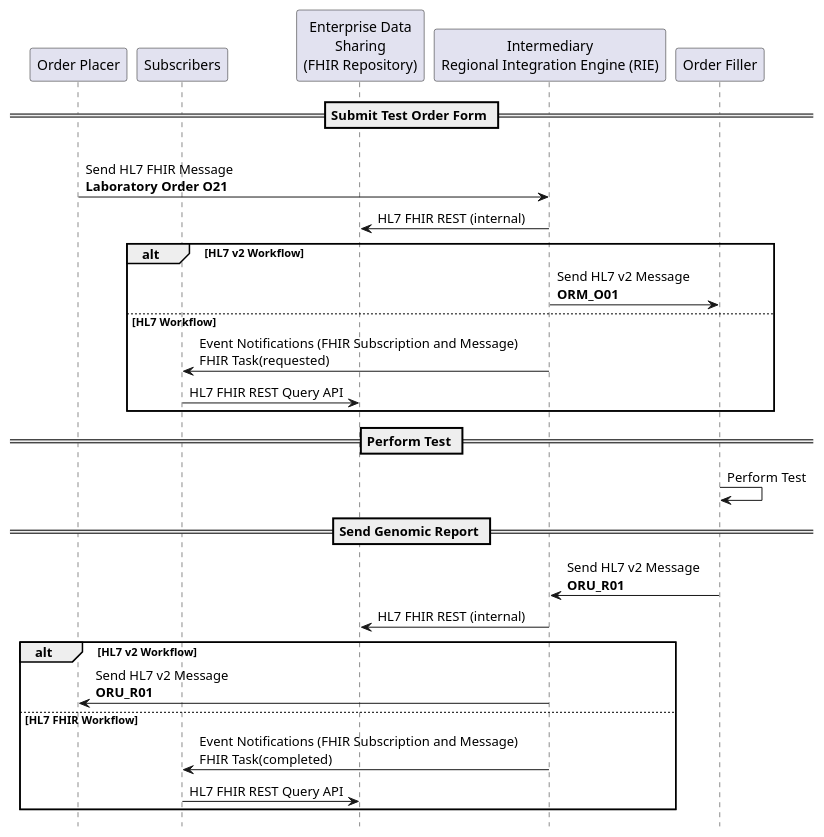
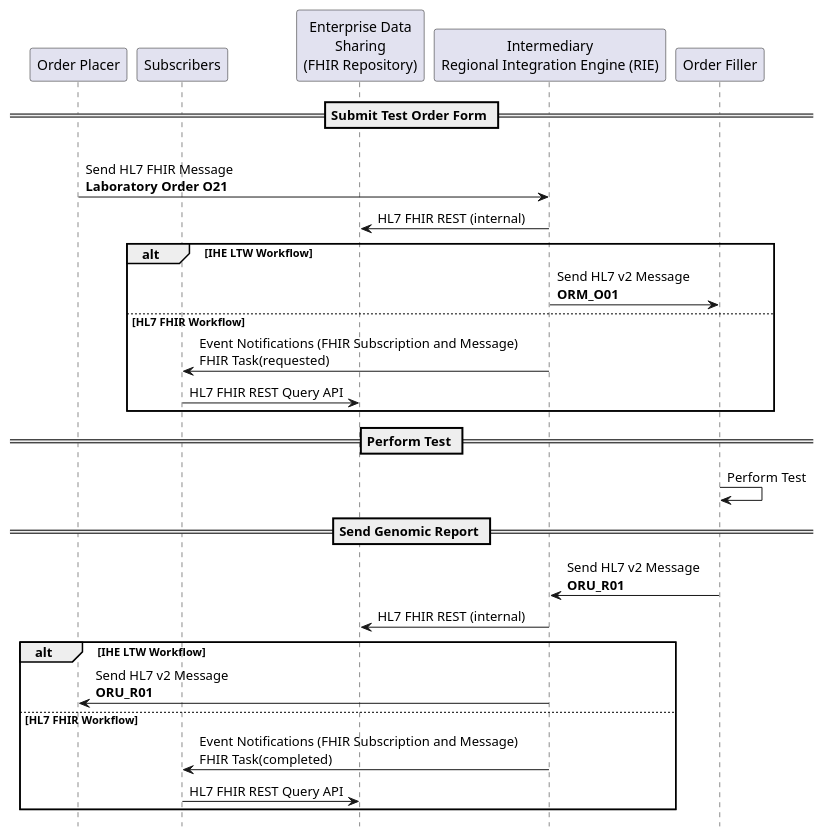
Before and after one commit to nw-gmsa/nw-gmsa.github.com: the diagram in input/images-source/LTW-fhir-sequence.plantuml, drawn with PlantUML. The commit also changed 2 other files, not shown here.

```diff
--- a/input/images-source/LTW-fhir-sequence.plantuml
+++ b/input/images-source/LTW-fhir-sequence.plantuml
@@ -1,39 +1,39 @@
 @startuml
 
 hide footbox
 
 participant "Order Placer" as EPR
 participant "Subscribers" as Subscribers
 participant "Enterprise Data\nSharing\n(FHIR Repository)" as CDR
 participant "Intermediary\nRegional Integration Engine (RIE)" as TIE
 participant "Order Filler" as LIMS
 
 
 == Submit Test Order Form ==
 
 EPR -> TIE: \nSend HL7 FHIR Message\n**Laboratory Order O21**
 TIE -> CDR: HL7 FHIR REST (internal)
-alt HL7 v2 Workflow
+alt IHE LTW Workflow
 TIE -> LIMS: Send HL7 v2 Message\n**ORM_O01**
-else HL7 Workflow
+else HL7 FHIR Workflow
 TIE -> Subscribers: Event Notifications (FHIR Subscription and Message)\nFHIR Task(requested)
 Subscribers -> CDR: HL7 FHIR REST Query API
 end
 
 == Perform Test ==
 
 LIMS -> LIMS: Perform Test
 
 == Send Genomic Report ==
 
 LIMS -> TIE: Send HL7 v2 Message\n**ORU_R01**
 
 TIE -> CDR: HL7 FHIR REST (internal)
-alt HL7 v2 Workflow
+alt IHE LTW Workflow
 TIE -> EPR: Send HL7 v2 Message\n**ORU_R01**
 else HL7 FHIR Workflow
 TIE -> Subscribers: Event Notifications (FHIR Subscription and Message)\nFHIR Task(completed)
 Subscribers -> CDR: HL7 FHIR REST Query API
 end
 
 @enduml
```
